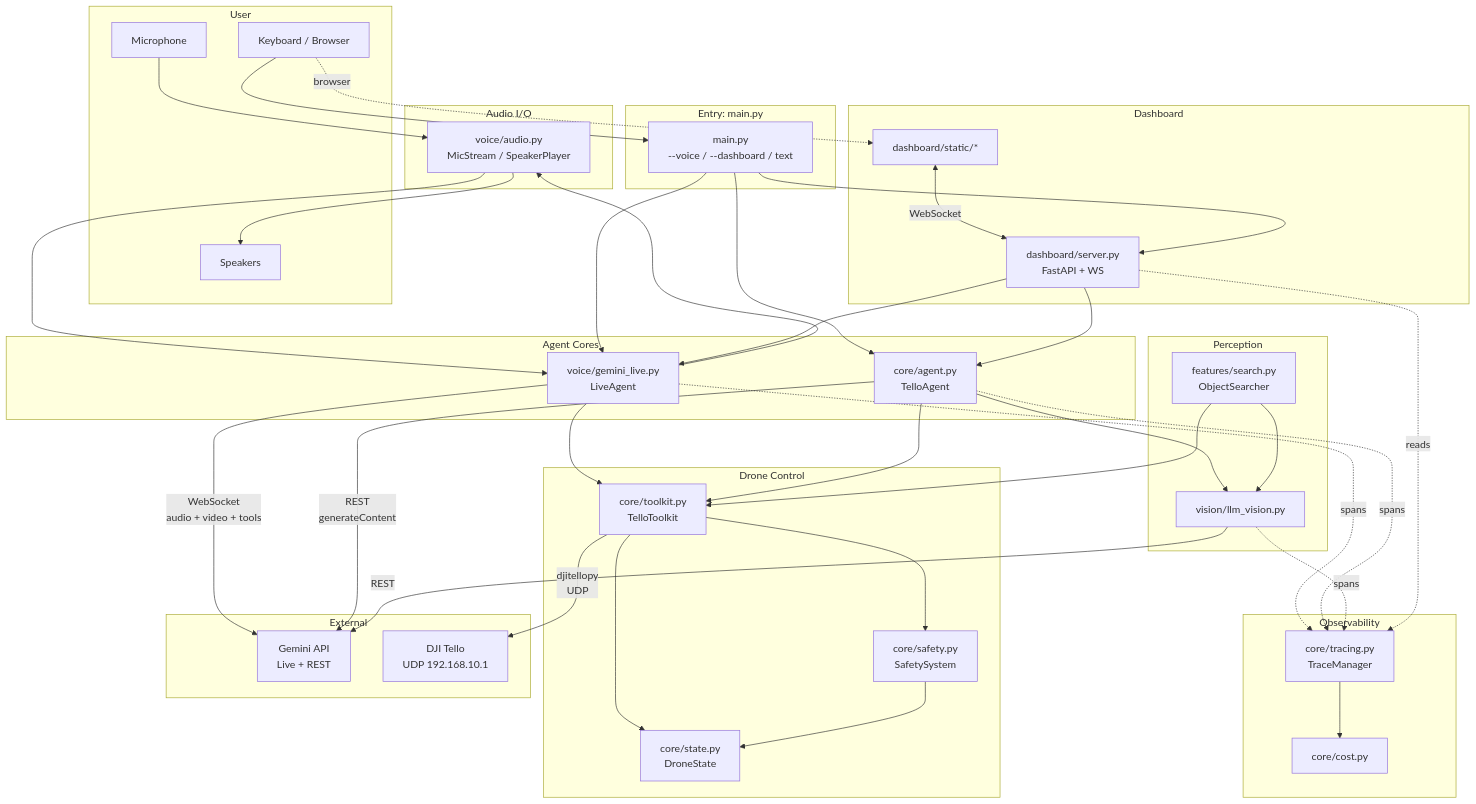
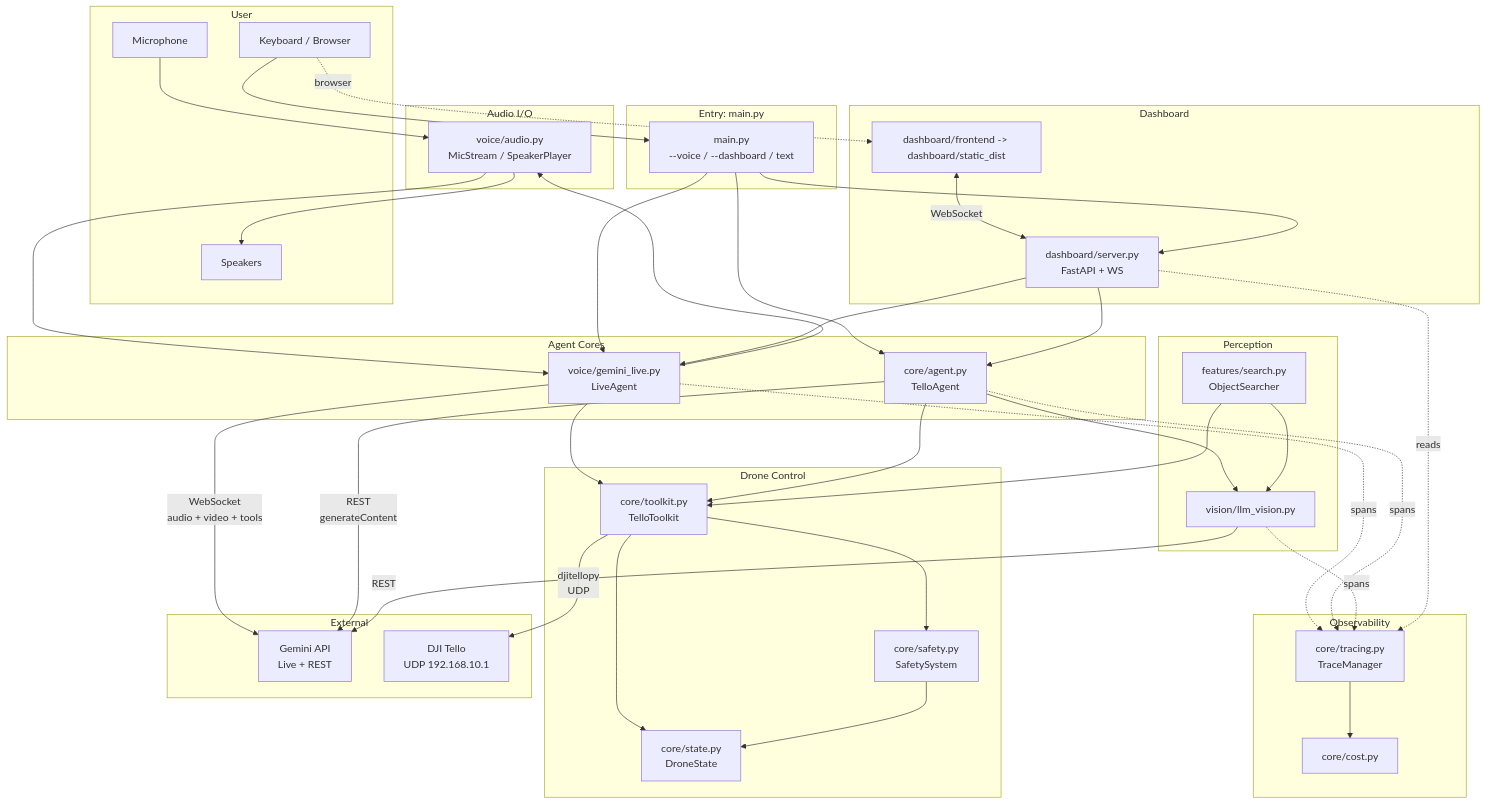
Before and after one commit to AyushRajgor/Tello-autonomous: the first of 2 diagrams in docs/architecture.md, drawn with Mermaid. The commit also changed other lines of this file and 67 other files, not shown here.

````diff
--- a/docs/architecture.md
+++ b/docs/architecture.md
@@ -7,82 +7,82 @@
 ```mermaid
 graph TD
     subgraph User
         U_mic[Microphone]
         U_spk[Speakers]
         U_kb[Keyboard / Browser]
     end
 
     subgraph "Entry: main.py"
         ENTRY[main.py<br/>--voice / --dashboard / text]
     end
 
     subgraph "Agent Cores"
         LIVE[voice/gemini_live.py<br/>LiveAgent]
         LEGACY[core/agent.py<br/>TelloAgent]
     end
 
     subgraph "Drone Control"
         TK[core/toolkit.py<br/>TelloToolkit]
         SAFE[core/safety.py<br/>SafetySystem]
         STATE[core/state.py<br/>DroneState]
     end
 
     subgraph "Perception"
         VIS[vision/llm_vision.py]
         FEAT[features/search.py<br/>ObjectSearcher]
     end
 
     subgraph "Observability"
         TRC[core/tracing.py<br/>TraceManager]
         COST[core/cost.py]
     end
 
     subgraph "Dashboard"
         SRV[dashboard/server.py<br/>FastAPI + WS]
-        UI[dashboard/static/*]
+        UI[dashboard/frontend -> dashboard/static_dist]
     end
 
     subgraph "Audio I/O"
         AUD[voice/audio.py<br/>MicStream / SpeakerPlayer]
     end
 
     subgraph "External"
         GEM[Gemini API<br/>Live + REST]
         TELLO[DJI Tello<br/>UDP 192.168.10.1]
     end
 
     U_mic --> AUD
     U_kb --> ENTRY
     U_kb -.browser.-> UI
     UI <-->|WebSocket| SRV
     AUD --> LIVE
     LIVE --> AUD
     AUD --> U_spk
 
     ENTRY --> LIVE
     ENTRY --> LEGACY
     ENTRY --> SRV
     SRV --> LIVE
     SRV --> LEGACY
 
     LIVE --> TK
     LEGACY --> TK
     LEGACY --> VIS
     FEAT --> TK
     FEAT --> VIS
 
     TK --> SAFE
     TK --> STATE
     SAFE --> STATE
 
     LIVE -->|WebSocket<br/>audio + video + tools| GEM
     LEGACY -->|REST<br/>generateContent| GEM
     VIS -->|REST| GEM
     TK -->|djitellopy<br/>UDP| TELLO
 
     LIVE -.spans.-> TRC
     LEGACY -.spans.-> TRC
     VIS -.spans.-> TRC
     TRC --> COST
     SRV -.reads.-> TRC
 ```
````
